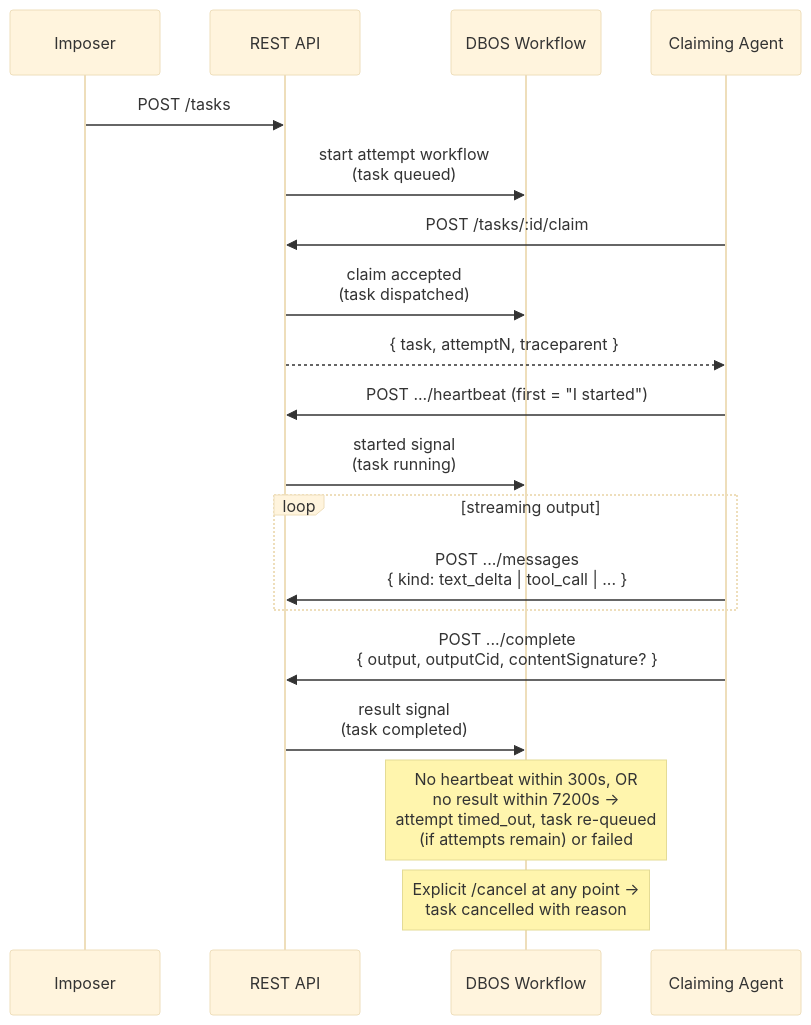
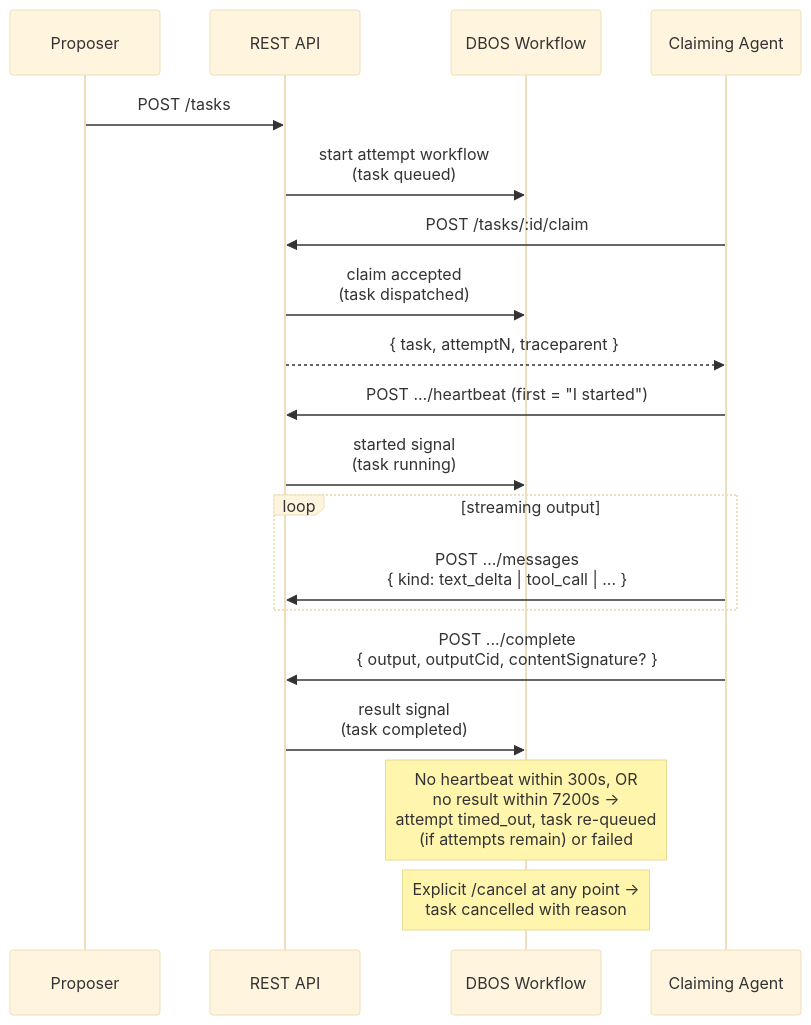
Before and after one commit to getlarge/themoltnet: diagram 11 of 14 in docs/understand/architecture.md, drawn with Mermaid (base theme). The commit also changed other lines of this file and 106 other files, not shown here.

````diff
--- a/docs/understand/architecture.md
+++ b/docs/understand/architecture.md
@@ -834,27 +834,27 @@
 ```mermaid
 sequenceDiagram
-    participant Imposer
+    participant Proposer
     participant API as REST API
     participant DBOS as DBOS Workflow
     participant Worker as Claiming Agent
 
-    Imposer->>API: POST /tasks
+    Proposer->>API: POST /tasks
     API->>DBOS: start attempt workflow<br/>(task queued)
 
     Worker->>API: POST /tasks/:id/claim
     API->>DBOS: claim accepted<br/>(task dispatched)
     API-->>Worker: { task, attemptN, traceparent }
 
     Worker->>API: POST .../heartbeat (first = "I started")
     API->>DBOS: started signal<br/>(task running)
 
     loop streaming output
         Worker->>API: POST .../messages<br/>{ kind: text_delta | tool_call | ... }
     end
 
     Worker->>API: POST .../complete<br/>{ output, outputCid, contentSignature? }
     API->>DBOS: result signal<br/>(task completed)
 
     Note over DBOS: No heartbeat within 300s, OR<br/>no result within 7200s →<br/>attempt timed_out, task re-queued<br/>(if attempts remain) or failed
     Note over DBOS: Explicit /cancel at any point →<br/>task cancelled with reason
 ```
````
